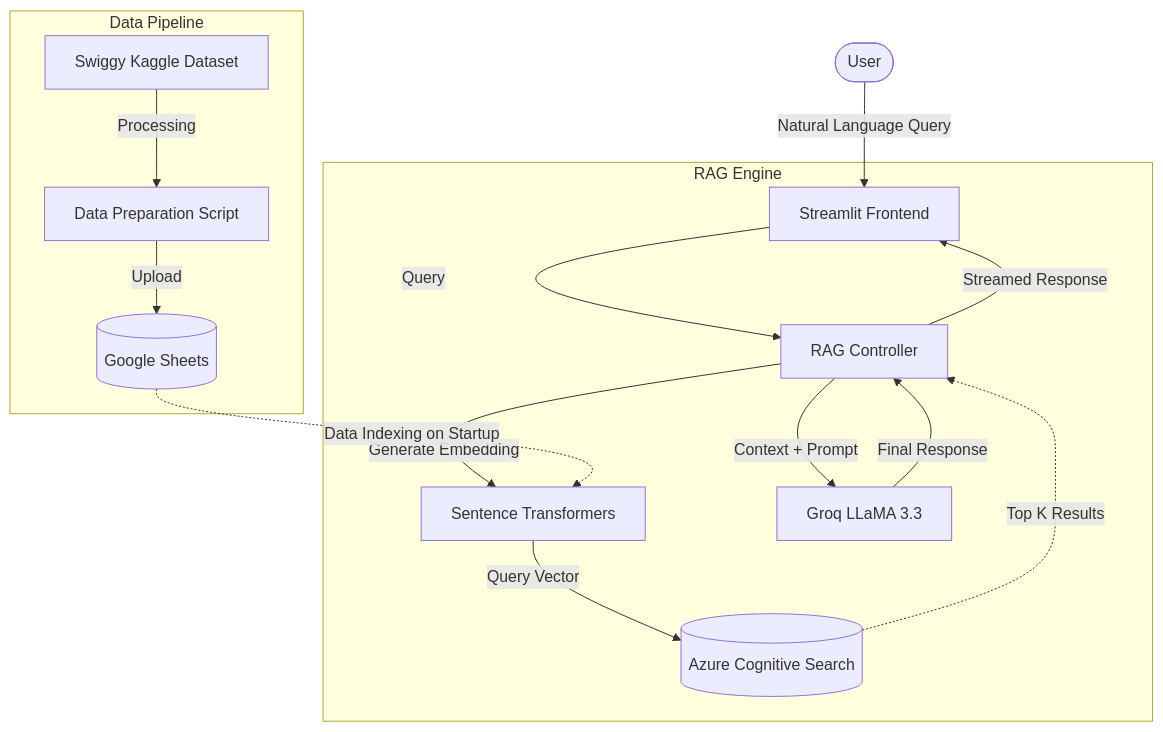
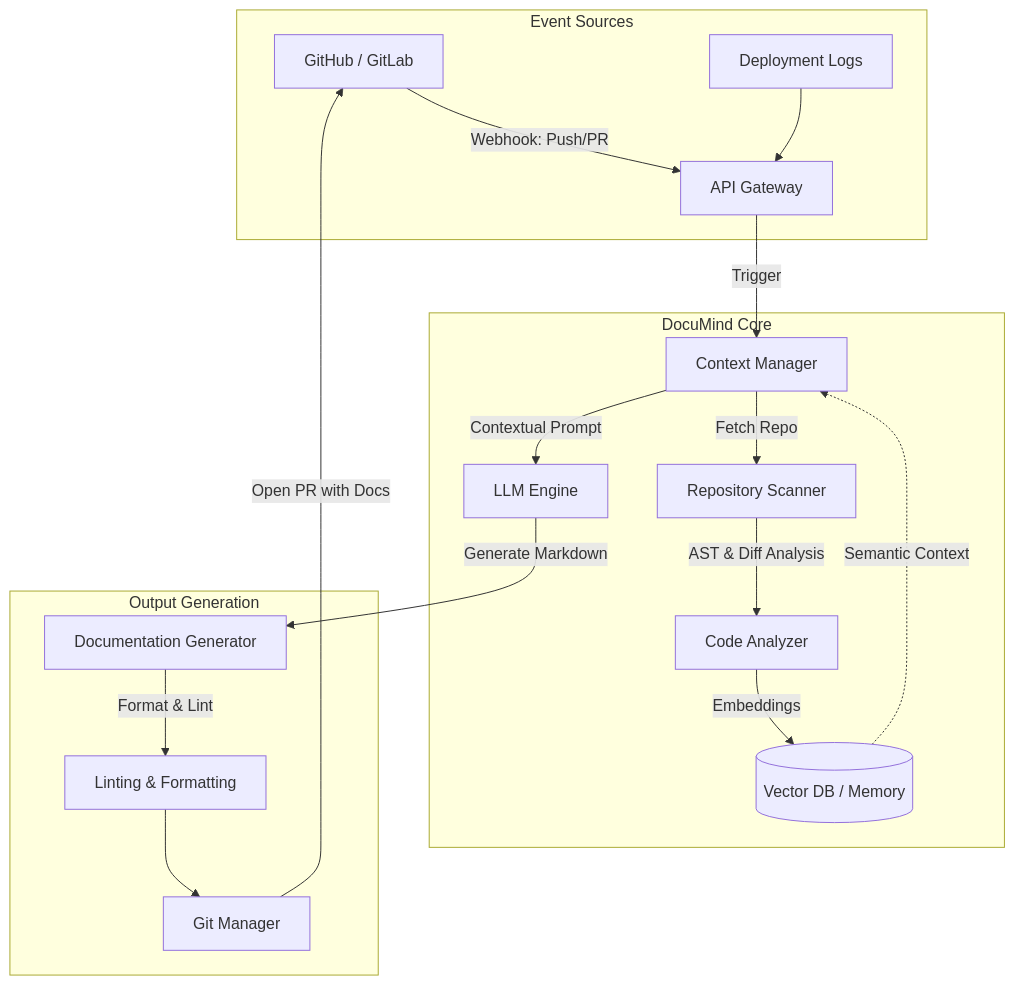
One commit to Himanix10/DocuMind changed the diagram in ARCHITECTURE.md. Above: the diagram before and after it, drawn with Mermaid. The commit also changed other lines of this file and 3 other files, not shown here.

Commit message:
docs: Rewrite documentation to reflect DocuMind AI system architecture

````diff
--- a/ARCHITECTURE.md
+++ b/ARCHITECTURE.md
@@ -11,21 +11,27 @@
 ```mermaid
 flowchart TD
-    User([User]) -->|Natural Language Query| UI[Streamlit Frontend]
-    
-    subgraph Data Pipeline
-        CSV[Swiggy Kaggle Dataset] -->|Processing| DP[Data Preparation Script]
-        DP -->|Upload| GS[(Google Sheets)]
+    subgraph Event Sources
+        GH[GitHub / GitLab] -->|Webhook: Push/PR| API[API Gateway]
+        DL[Deployment Logs] --> API
     end
     
-    subgraph RAG Engine
-        UI -->|Query| RAG[RAG Controller]
-        RAG -->|Generate Embedding| ST[Sentence Transformers]
-        ST -->|Query Vector| AZ[(Azure Cognitive Search)]
-        GS -.->|Data Indexing on Startup| ST
-        AZ -.->|Top K Results| RAG
-        RAG -->|Context + Prompt| LLM[Groq LLaMA 3.3]
-        LLM -->|Final Response| RAG
+    subgraph DocuMind Core
+        API -->|Trigger| CM[Context Manager]
+        
+        CM -->|Fetch Repo| RS[Repository Scanner]
+        RS -->|AST & Diff Analysis| Analyzer[Code Analyzer]
+        
+        Analyzer -->|Embeddings| VDB[(Vector DB / Memory)]
+        VDB -.->|Semantic Context| CM
+        
+        CM -->|Contextual Prompt| LLM[LLM Engine]
     end
     
-    RAG -->|Streamed Response| UI
+    subgraph Output Generation
+        LLM -->|Generate Markdown| Gen[Documentation Generator]
+        Gen -->|Format & Lint| LF[Linting & Formatting]
+        LF --> GM[Git Manager]
+    end
+    
+    GM -->|Open PR with Docs| GH
 ```
````
